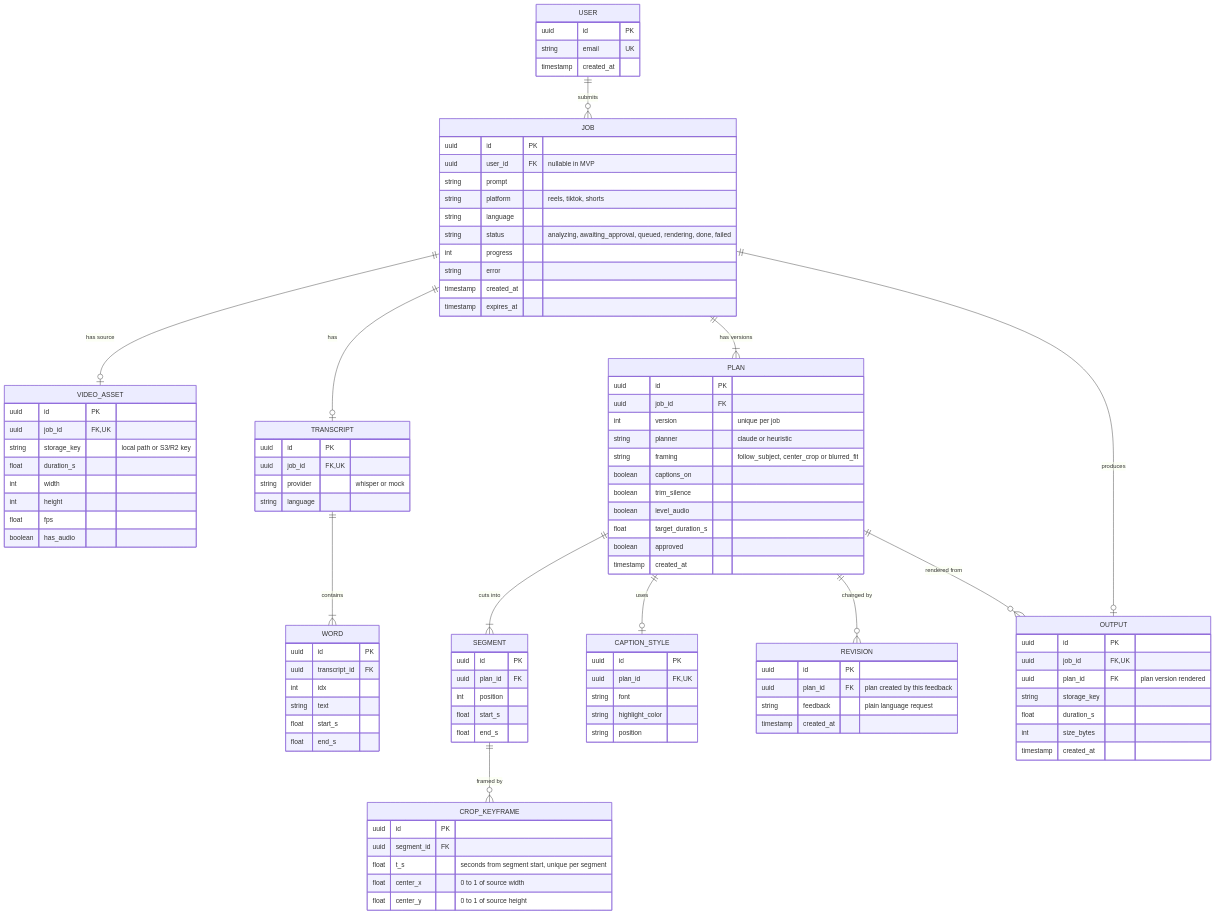
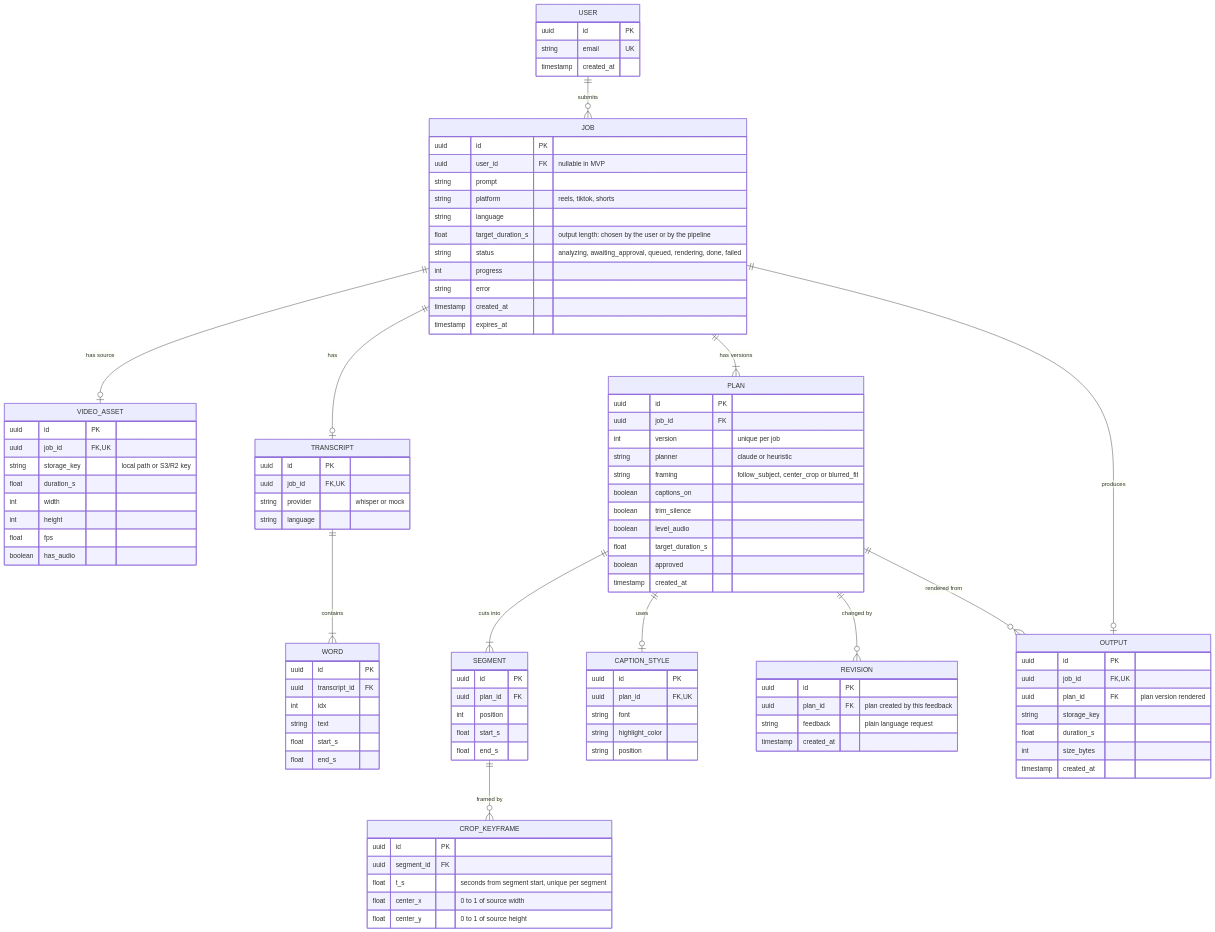
One commit to Seema-Deshpande/ReelSmith changed the diagram in README.md. Above: the diagram before and after it, drawn with Mermaid. The commit also changed other lines of this file and 26 other files, not shown here.

Commit message:
feat: add target duration for video jobs and refactor code structure

```diff
--- a/README.md
+++ b/README.md
@@ -117,6 +123,7 @@
         string prompt
         string platform "reels, tiktok, shorts"
         string language
+        float target_duration_s "output length: chosen by the user or by the pipeline"
         string status "analyzing, awaiting_approval, queued, rendering, done, failed"
         int progress
         string error
```
